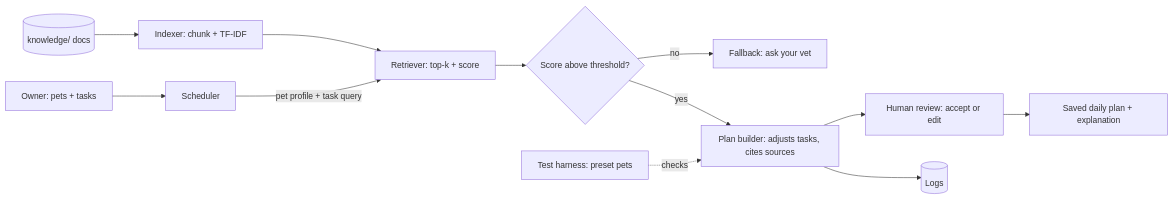
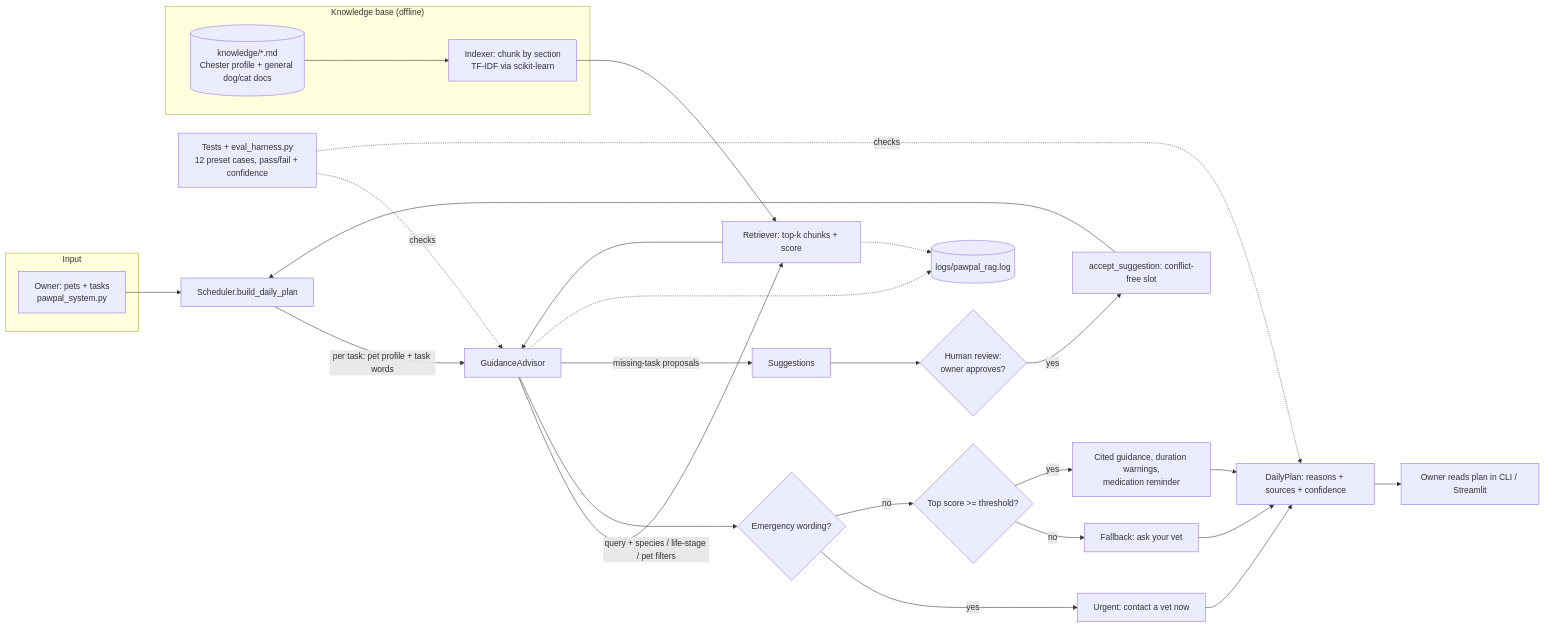
Before and after one commit to andreasofi15/applied-ai-system-final: the diagram in diagrams/architecture.mmd, drawn with Mermaid.

Commit message:
Add RAG guidance layer, knowledge base, tests and eval harness

```diff
--- a/diagrams/architecture.mmd
+++ b/diagrams/architecture.mmd
@@ -1,12 +1,37 @@
 flowchart LR
-    U[Owner: pets + tasks] --> S[Scheduler]
-    K[(knowledge/ docs)] --> I[Indexer: chunk + TF-IDF]
-    I --> R[Retriever: top-k + score]
-    S -->|pet profile + task query| R
-    R --> G{Score above threshold?}
-    G -- no --> F[Fallback: ask your vet]
-    G -- yes --> P[Plan builder: adjusts tasks, cites sources]
-    P --> H[Human review: accept or edit]
-    H --> O[Saved daily plan + explanation]
-    P --> L[(Logs)]
-    T[Test harness: preset pets] -.checks.-> P
+    subgraph Input
+        O[Owner: pets + tasks<br/>pawpal_system.py]
+    end
+
+    subgraph Knowledge["Knowledge base (offline)"]
+        K[(knowledge/*.md<br/>Chester profile + general dog/cat docs)]
+        X[Indexer: chunk by section<br/>TF-IDF via scikit-learn]
+        K --> X
+    end
+
+    O --> S[Scheduler.build_daily_plan]
+    S -->|per task: pet profile + task words| A[GuidanceAdvisor]
+    A -->|query + species / life-stage / pet filters| R[Retriever: top-k chunks + score]
+    X --> R
+    R --> A
+
+    A --> G1{Emergency wording?}
+    G1 -- yes --> U[Urgent: contact a vet now]
+    G1 -- no --> G2{Top score >= threshold?}
+    G2 -- no --> F[Fallback: ask your vet]
+    G2 -- yes --> P[Cited guidance, duration warnings,<br/>medication reminder]
+
+    U --> D[DailyPlan: reasons + sources + confidence]
+    F --> D
+    P --> D
+    A -->|missing-task proposals| SG[Suggestions]
+    SG --> H{Human review:<br/>owner approves?}
+    H -- yes --> AC[accept_suggestion: conflict-free slot]
+    AC --> S
+    D --> H2[Owner reads plan in CLI / Streamlit]
+
+    A -.-> L[(logs/pawpal_rag.log)]
+    R -.-> L
+
+    T[Tests + eval_harness.py<br/>12 preset cases, pass/fail + confidence] -.checks.-> A
+    T -.checks.-> D
```
